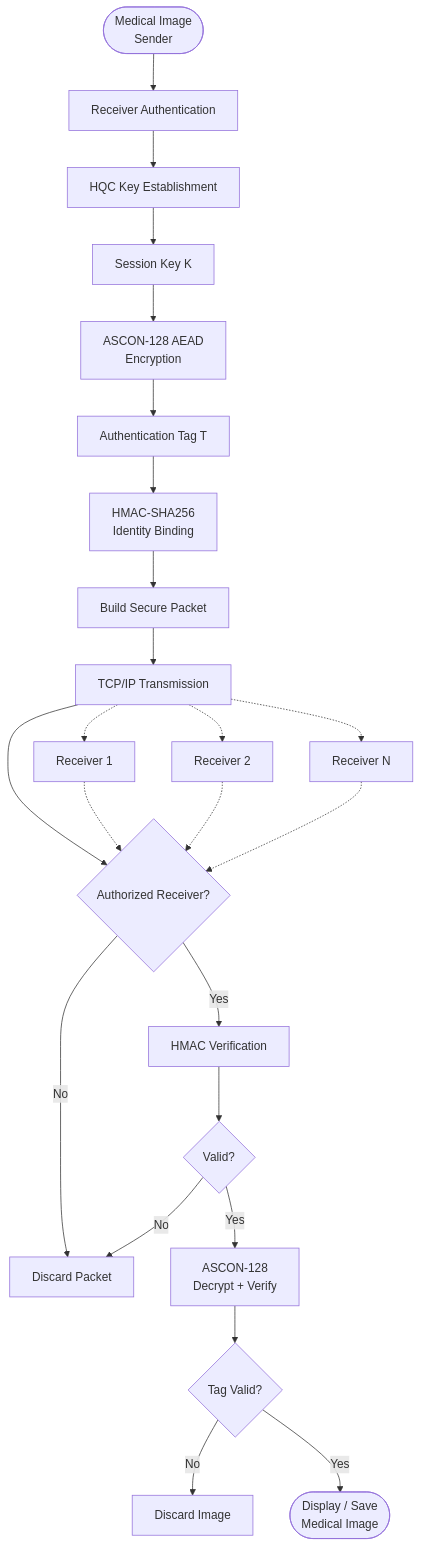
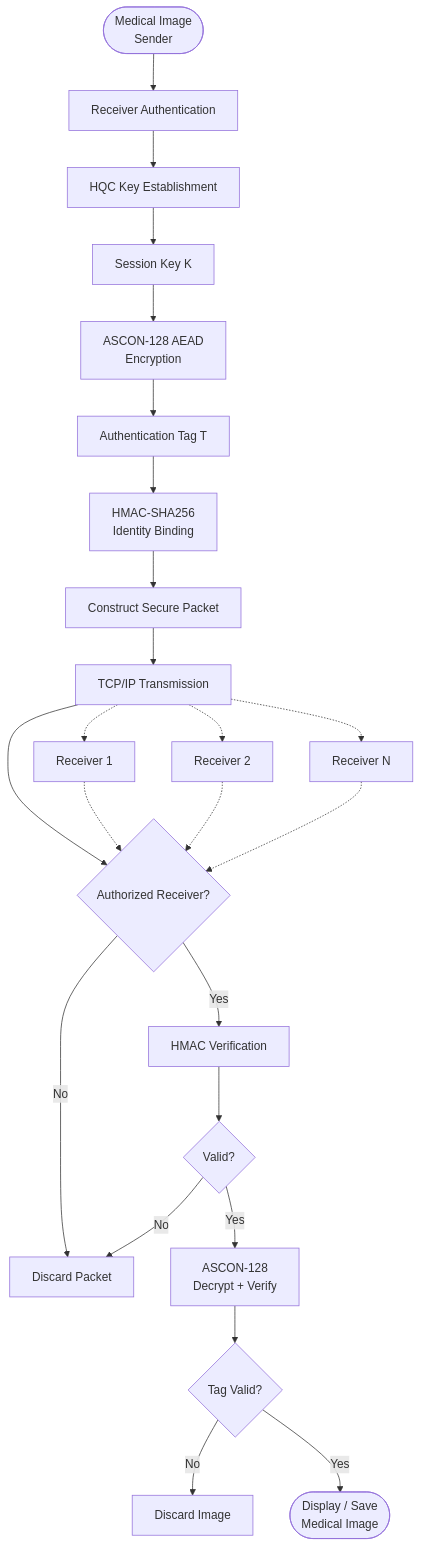
The diagram in README.md (Abhijithhhhkkkk/Authenticated-secure-medical-image-transmission-using-hqc-and-ascon), drawn with Mermaid before and after one commit. The commit also changed other lines of this file, not shown here.

````diff
--- a/README.md
+++ b/README.md
@@ -36,28 +38,28 @@
 ```mermaid
 flowchart TD
     A([Medical Image<br/>Sender]) --> B[Receiver Authentication]
     B --> C[HQC Key Establishment]
     C --> D[Session Key K]
     D --> E[ASCON-128 AEAD<br/>Encryption]
     E --> F[Authentication Tag T]
     F --> G[HMAC-SHA256<br/>Identity Binding]
-    G --> H[Build Secure Packet]
+    G --> H[Construct Secure Packet]
     H --> I[TCP/IP Transmission]
 
     I --> J{Authorized Receiver?}
     J -- No --> X[Discard Packet]
     J -- Yes --> K[HMAC Verification]
     K --> L{Valid?}
     L -- No --> X
     L -- Yes --> M[ASCON-128<br/>Decrypt + Verify]
     M --> N{Tag Valid?}
     N -- No --> Y[Discard Image]
     N -- Yes --> O([Display / Save<br/>Medical Image])
 
     I -.-> R1[Receiver 1]
     I -.-> R2[Receiver 2]
     I -.-> RN[Receiver N]
     R1 -.-> J
     R2 -.-> J
     RN -.-> J
 ```
````
